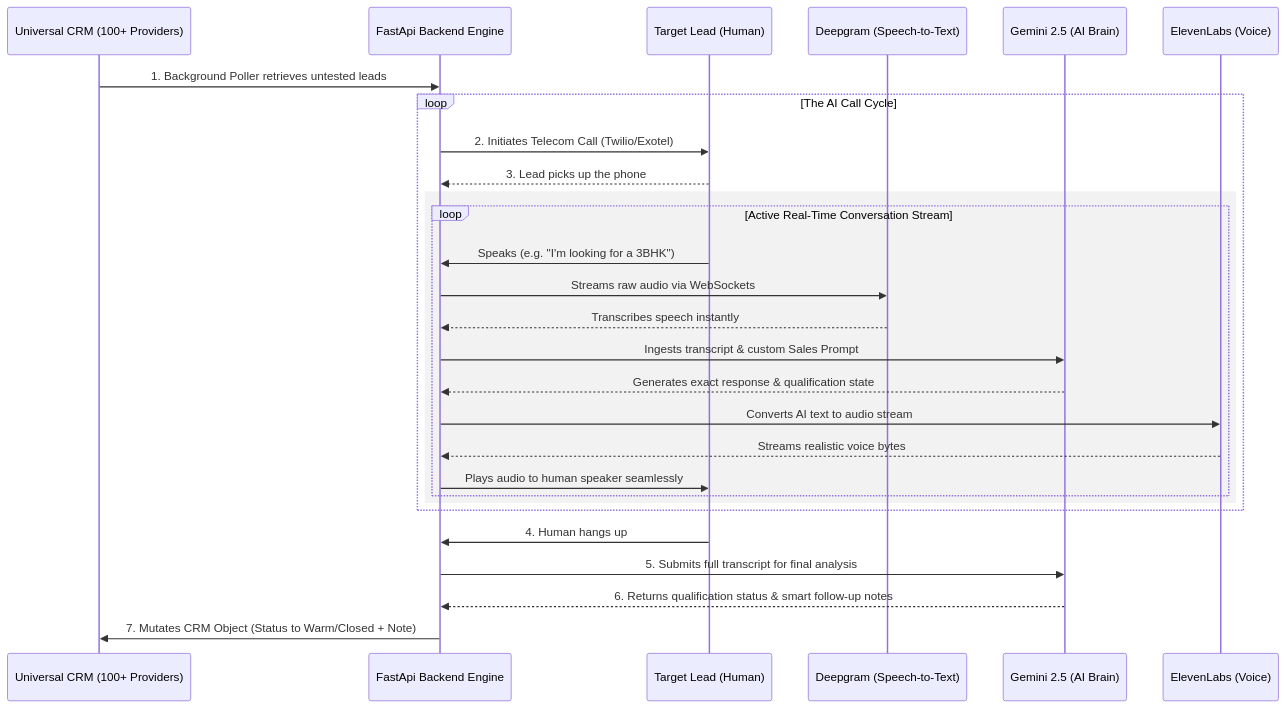
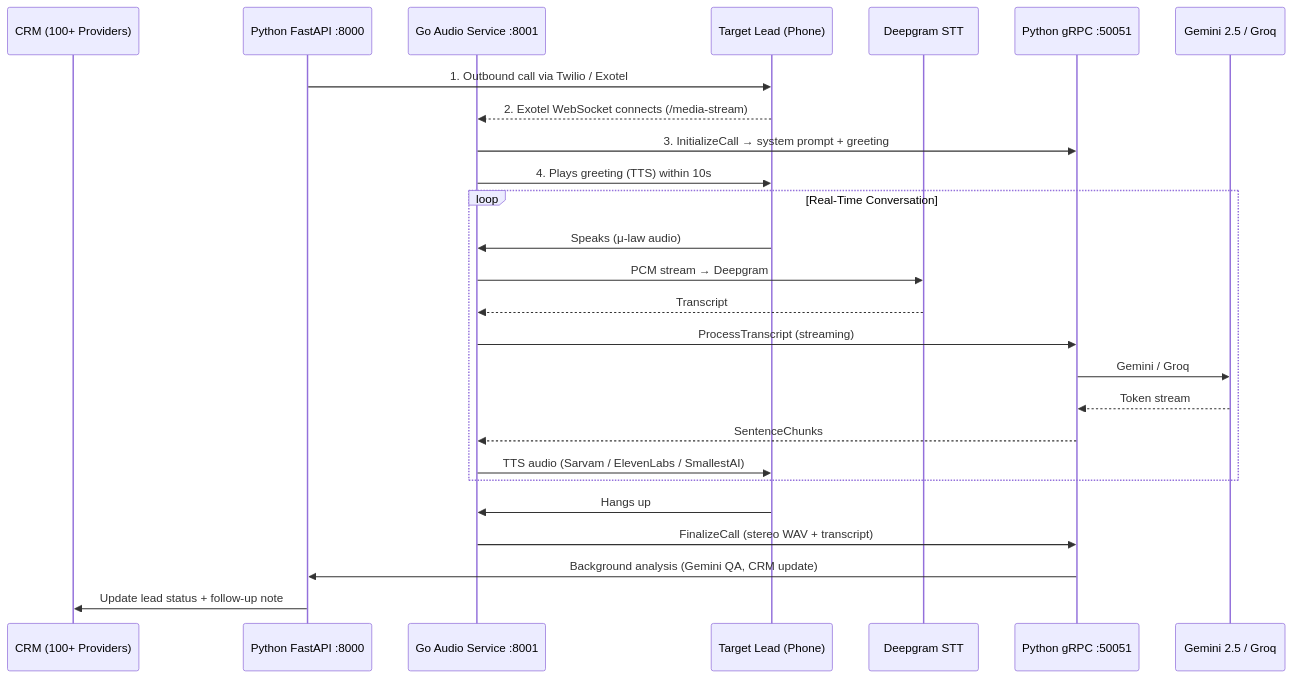
Before and after one commit to Globussoft-Technologies/globussoft-ai-dailer: the diagram in README.md, drawn with Mermaid. The commit also changed other lines of this file and 135 other files, not shown here.

First line of the commit message:
feat: Go backend, RAG service, nginx, Docker, and frontend updates

````diff
--- a/README.md
+++ b/README.md
@@ -11,33 +58,29 @@
 ```mermaid
 sequenceDiagram
-    participant CRM as Universal CRM (100+ Providers)
-    participant Dialer as FastApi Backend Engine
-    participant Human as Target Lead (Human)
-    participant STT as Deepgram (Speech-to-Text)
-    participant LLM as Gemini 2.5 (AI Brain)
-    participant TTS as ElevenLabs (Voice)
+    participant CRM as CRM (100+ Providers)
+    participant PY  as Python FastAPI :8000
+    participant GO  as Go Audio Service :8001
+    participant Lead as Target Lead (Phone)
+    participant STT as Deepgram STT
+    participant gRPC as Python gRPC :50051
+    participant LLM as Gemini 2.5 / Groq
 
-    CRM->>Dialer: 1. Background Poller retrieves untested leads
-    loop The AI Call Cycle
-        Dialer->>Human: 2. Initiates Telecom Call (Twilio/Exotel)
-        Human-->>Dialer: 3. Lead picks up the phone
-        
-        rect rgba(0, 0, 0, 0.05)
-        loop Active Real-Time Conversation Stream
-            Human->>Dialer: Speaks (e.g. "I'm looking for a 3BHK")
-            Dialer->>STT: Streams raw audio via WebSockets
-            STT-->>Dialer: Transcribes speech instantly
-            Dialer->>LLM: Ingests transcript & custom Sales Prompt
-            LLM-->>Dialer: Generates exact response & qualification state
-            Dialer->>TTS: Converts AI text to audio stream
-            TTS-->>Dialer: Streams realistic voice bytes
-            Dialer->>Human: Plays audio to human speaker seamlessly
-        end
-        end
+    PY->>Lead: 1. Outbound call via Twilio / Exotel
+    Lead-->>GO: 2. Exotel WebSocket connects (/media-stream)
+    GO->>gRPC: 3. InitializeCall → system prompt + greeting
+    GO->>Lead: 4. Plays greeting (TTS) within 10s
+    loop Real-Time Conversation
+        Lead->>GO: Speaks (μ-law audio)
+        GO->>STT: PCM stream → Deepgram
+        STT-->>GO: Transcript
+        GO->>gRPC: ProcessTranscript (streaming)
+        gRPC->>LLM: Gemini / Groq
+        LLM-->>gRPC: Token stream
+        gRPC-->>GO: SentenceChunks
+        GO->>Lead: TTS audio (Sarvam / ElevenLabs / SmallestAI)
     end
-
-    Human->>Dialer: 4. Human hangs up
-    Dialer->>LLM: 5. Submits full transcript for final analysis
-    LLM-->>Dialer: 6. Returns qualification status & smart follow-up notes
-    Dialer->>CRM: 7. Mutates CRM Object (Status to Warm/Closed + Note)
+    Lead->>GO: Hangs up
+    GO->>gRPC: FinalizeCall (stereo WAV + transcript)
+    gRPC->>PY: Background analysis (Gemini QA, CRM update)
+    PY->>CRM: Update lead status + follow-up note
 ```
````
